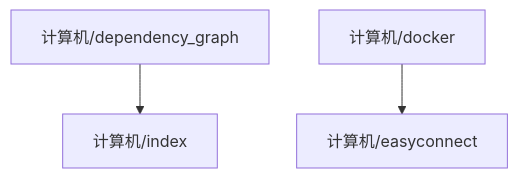
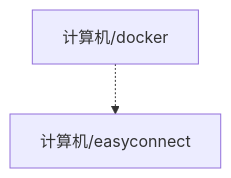
Before and after one commit to zeroDtree/zeroDtree.github.io: the diagram in content/计算机/dependency_graph.md, drawn with Mermaid. The commit also changed 17 other files, not shown here.

````diff
--- a/content/计算机/dependency_graph.md
+++ b/content/计算机/dependency_graph.md
@@ -1,5 +1,4 @@
 ```mermaid
 graph TD
-1["计算机/dependency_graph"] --> 0["计算机/index"]
-3["计算机/docker"] --> 2["计算机/easyconnect"]
+2["计算机/docker"] -.-> 1["计算机/easyconnect"]
 ```
````
